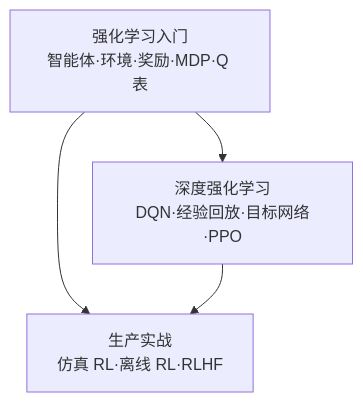
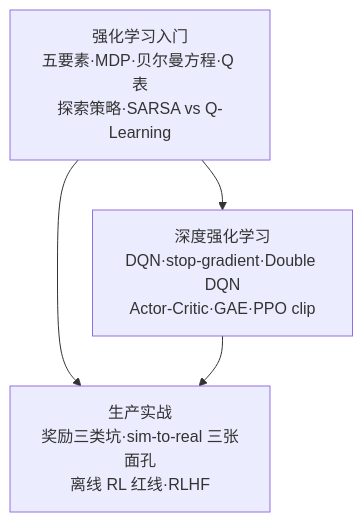
The diagram in docs/4-专业方向/10-强化学习/README.md (lizhengzhong20-sketch/model_learning), drawn with Mermaid before and after one commit. The commit also changed other lines of this file and 67 other files, not shown here.

````diff
--- a/docs/4-专业方向/10-强化学习/README.md
+++ b/docs/4-专业方向/10-强化学习/README.md
@@ -9,6 +9,6 @@
 ```mermaid
 graph TD
-    A["强化学习入门<br/>智能体·环境·奖励·MDP·Q 表"] --> B["深度强化学习<br/>DQN·经验回放·目标网络·PPO"]
-    A --> C["生产实战<br/>仿真 RL·离线 RL·RLHF"]
+    A["强化学习入门<br/>五要素·MDP·贝尔曼方程·Q 表<br/>探索策略·SARSA vs Q-Learning"] --> B["深度强化学习<br/>DQN·stop-gradient·Double DQN<br/>Actor-Critic·GAE·PPO clip"]
+    A --> C["生产实战<br/>奖励三类坑·sim-to-real 三张面孔<br/>离线 RL 红线·RLHF"]
     B --> C
 ```
````
